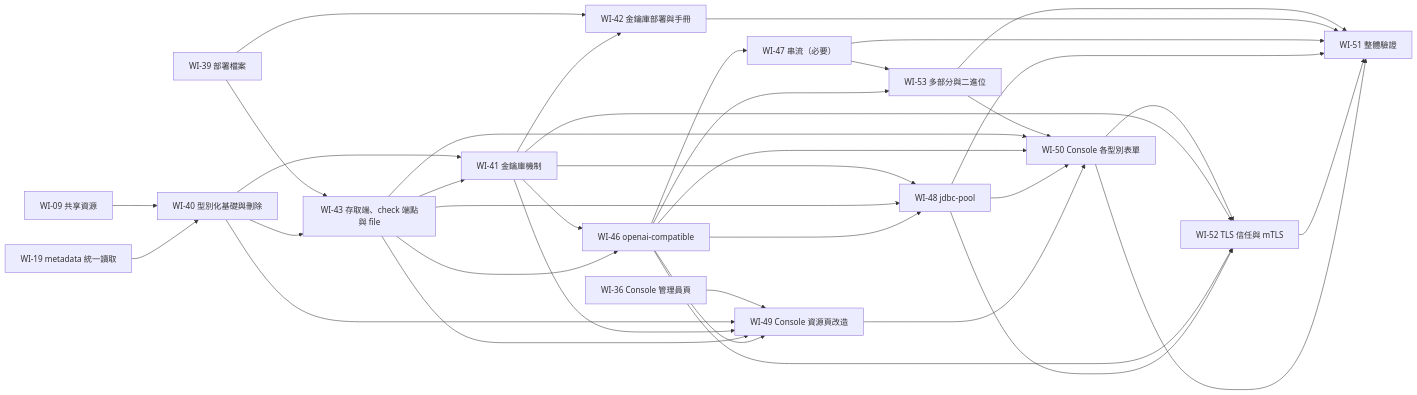
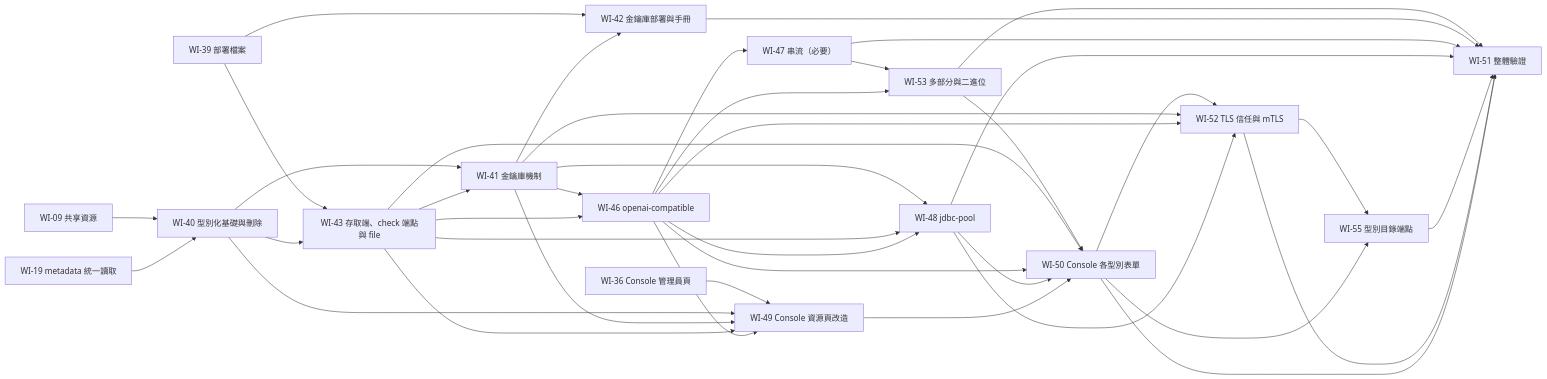
Before and after one commit to lanyitin/runline: the diagram in docs/stable/pipeline-engine/work-items/README.md, drawn with Mermaid. The commit also changed other lines of this file and 22 other files, not shown here.

````diff
--- a/docs/stable/pipeline-engine/work-items/README.md
+++ b/docs/stable/pipeline-engine/work-items/README.md
@@ -75,39 +76,42 @@
 ```mermaid
 flowchart LR
   WI09[WI-09 共享資源] --> WI40[WI-40 型別化基礎與刪除]
   WI19[WI-19 metadata 統一讀取] --> WI40
   WI39[WI-39 部署檔案] --> WI43[WI-43 存取端、check 端點與 file]
   WI40 --> WI43
   WI40 --> WI41
   WI43 --> WI41[WI-41 金鑰庫機制]
   WI39 --> WI42[WI-42 金鑰庫部署與手冊]
   WI41 --> WI42
   WI41 --> WI46[WI-46 openai-compatible]
   WI43 --> WI46
   WI46 --> WI47[WI-47 串流（必要）]
   WI47 --> WI53[WI-53 多部分與二進位]
   WI46 --> WI53
   WI53 --> WI50
   WI53 --> WI51
   WI41 --> WI48[WI-48 jdbc-pool]
   WI43 --> WI48
   WI46 --> WI48
   WI36[WI-36 Console 管理員頁] --> WI49[WI-49 Console 資源頁改造]
   WI40 --> WI49
   WI41 --> WI49
   WI43 --> WI49
   WI46 --> WI49
   WI43 --> WI50[WI-50 Console 各型別表單]
   WI46 --> WI50
   WI48 --> WI50
   WI49 --> WI50
   WI42 --> WI51[WI-51 整體驗證]
   WI47 --> WI51
   WI48 --> WI51
   WI50 --> WI52[WI-52 TLS 信任與 mTLS]
   WI41 --> WI52
   WI46 --> WI52
   WI48 --> WI52
+  WI52 --> WI55[WI-55 型別目錄端點]
+  WI50 --> WI55
+  WI55 --> WI51
   WI52 --> WI51
   WI50 --> WI51
 ```
````
